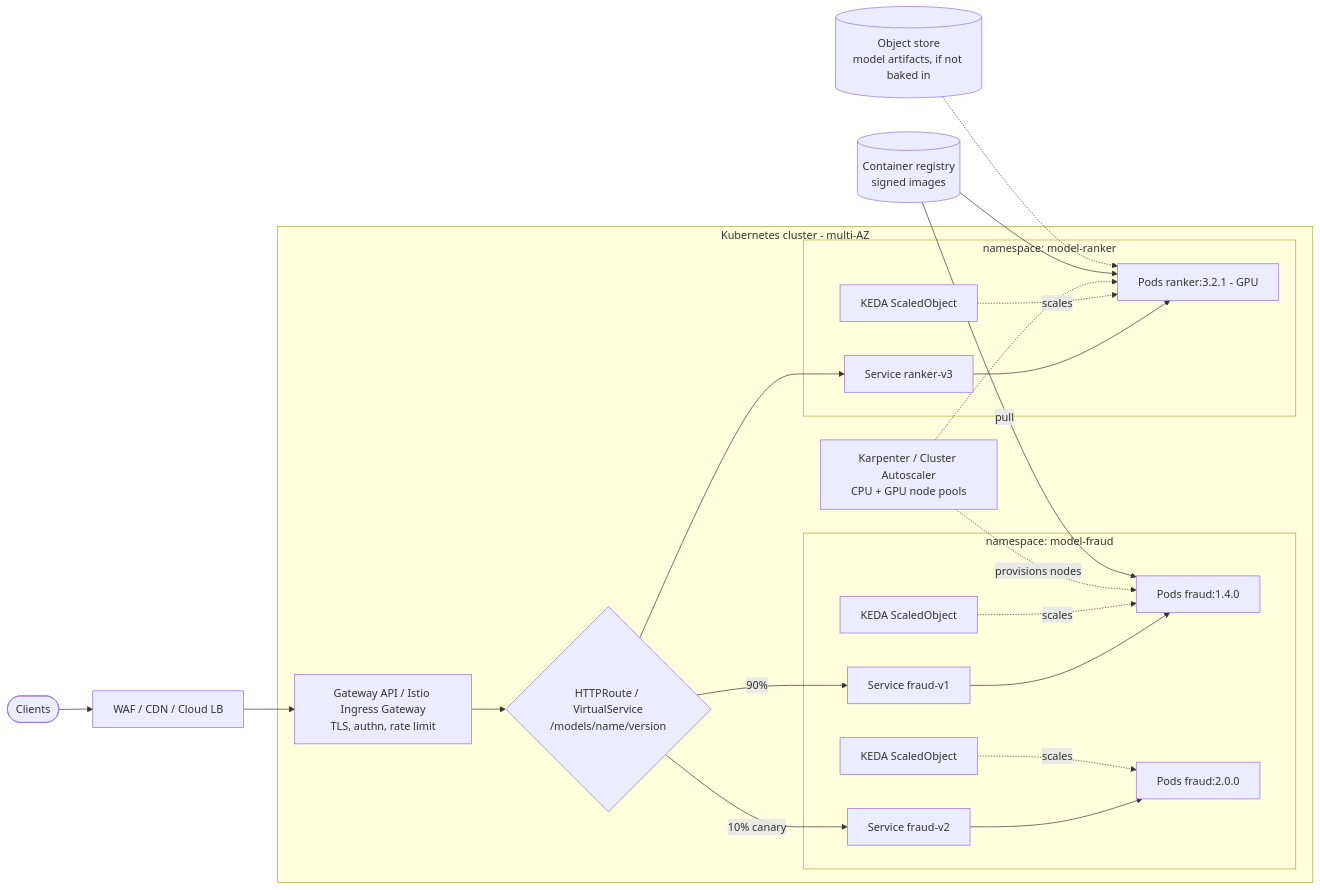
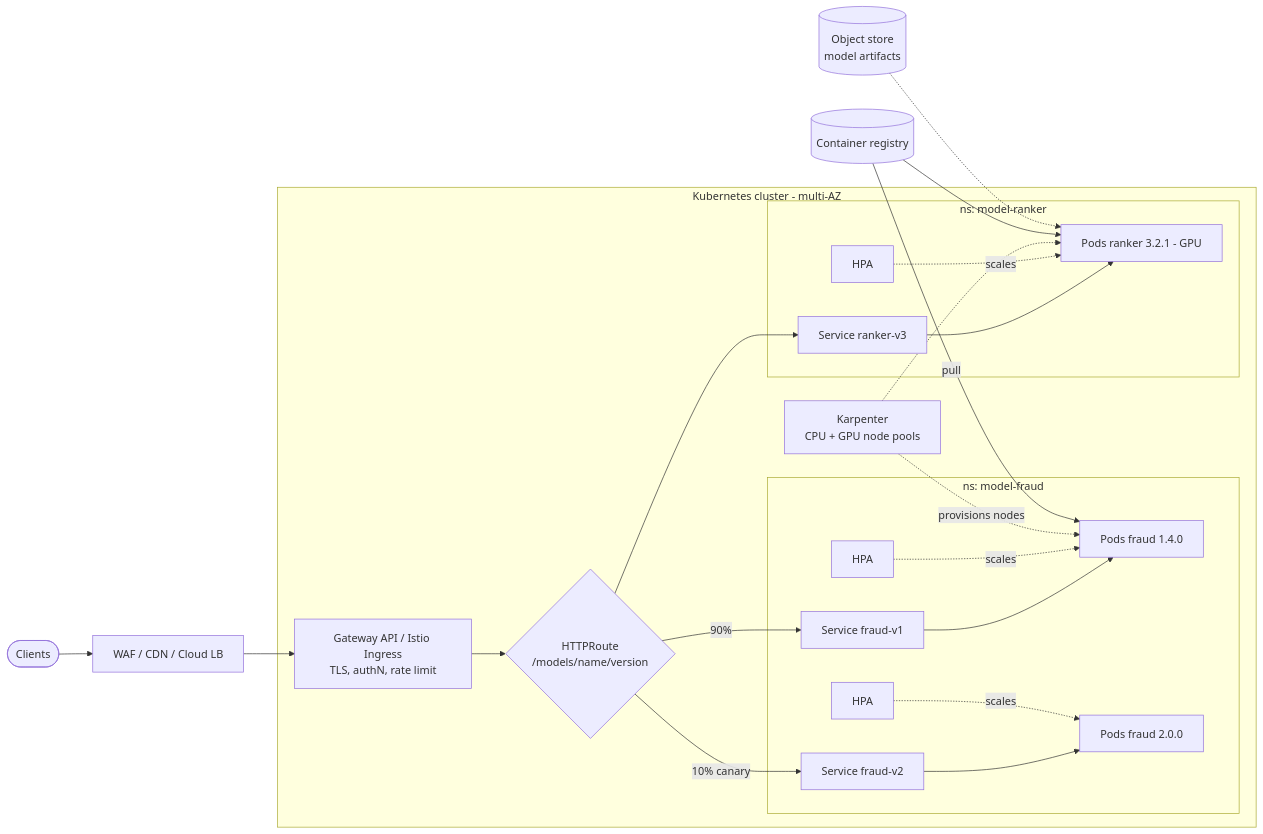
The first of 4 diagrams in docs/DESIGN.md (omegazyadav/cf-assignment), drawn with Mermaid before and after one commit. The commit also changed other lines of this file and 8 other files, not shown here.

````diff
--- a/docs/DESIGN.md
+++ b/docs/DESIGN.md
@@ -29,32 +30,32 @@
 ```mermaid
 flowchart LR
     client([Clients]) --> edge[WAF / CDN / Cloud LB]
-    edge --> gw[Gateway API / Istio Ingress Gateway<br/>TLS, authn, rate limit]
+    edge --> gw[Gateway API / Istio Ingress<br/>TLS, authN, rate limit]
 
     subgraph k8s[Kubernetes cluster - multi-AZ]
-        gw --> router{HTTPRoute / VirtualService<br/>/models/name/version}
+        gw --> router{HTTPRoute<br/>/models/name/version}
 
-        subgraph nsA[namespace: model-fraud]
-            svcA1[Service fraud-v1] --> podA1[Pods fraud:1.4.0]
-            svcA2[Service fraud-v2] --> podA2[Pods fraud:2.0.0]
-            kedaA1[KEDA ScaledObject] -.scales.-> podA1
-            kedaA2[KEDA ScaledObject] -.scales.-> podA2
+        subgraph nsA[ns: model-fraud]
+            svcA1[Service fraud-v1] --> podA1[Pods fraud 1.4.0]
+            svcA2[Service fraud-v2] --> podA2[Pods fraud 2.0.0]
+            hpaA1[HPA] -.scales.-> podA1
+            hpaA2[HPA] -.scales.-> podA2
         end
 
-        subgraph nsB[namespace: model-ranker]
-            svcB1[Service ranker-v3] --> podB1[Pods ranker:3.2.1 - GPU]
-            kedaB1[KEDA ScaledObject] -.scales.-> podB1
+        subgraph nsB[ns: model-ranker]
+            svcB1[Service ranker-v3] --> podB1[Pods ranker 3.2.1 - GPU]
+            hpaB1[HPA] -.scales.-> podB1
         end
 
         router -->|90%| svcA1
         router -->|10% canary| svcA2
         router --> svcB1
 
-        karp[Karpenter / Cluster Autoscaler<br/>CPU + GPU node pools] -.provisions nodes.-> podA1
+        karp[Karpenter<br/>CPU + GPU node pools] -.provisions nodes.-> podA1
         karp -.-> podB1
     end
 
-    reg[(Container registry<br/>signed images)] -->|pull| podA1
+    reg[(Container registry)] -->|pull| podA1
     reg --> podB1
-    store[(Object store<br/>model artifacts, if not baked in)] -.-> podB1
+    store[(Object store<br/>model artifacts)] -.-> podB1
 ```
````
